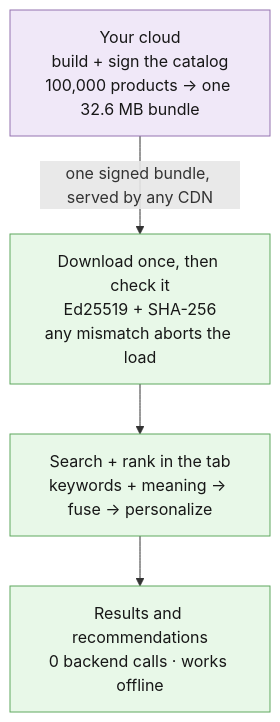
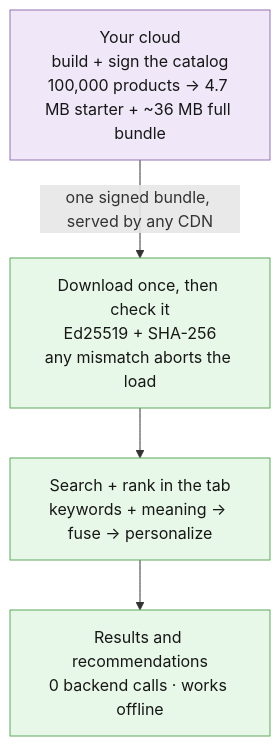
One commit to gainratio/edge-reco changed the fourth of 4 diagrams in docs/ARCHITECTURE.md. Above: the diagram before and after it, drawn with Mermaid. The commit also changed other lines of this file and 1 other file, not shown here.

Commit message:
docs: match the starter/full load sizes (#199)

````diff
--- a/docs/ARCHITECTURE.md
+++ b/docs/ARCHITECTURE.md
@@ -302,15 +302,15 @@
 ```mermaid
 flowchart TB
-  build["Your cloud<br>build + sign the catalog<br>100,000 products → one 32.6 MB bundle"]
+  build["Your cloud<br>build + sign the catalog<br>100,000 products → 4.7 MB starter + ~36 MB full bundle"]
   sync["Download once, then check it<br>Ed25519 + SHA-256<br>any mismatch aborts the load"]
   engine["Search + rank in the tab<br>keywords + meaning → fuse → personalize"]
   recs["Results and recommendations<br>0 backend calls · works offline"]
 
   build -->|"one signed bundle, served by any CDN"| sync
   sync --> engine --> recs
 
   classDef cloud fill:#f0e8f8,stroke:#9472b0,color:#171717;
   classDef device fill:#e8f8e8,stroke:#5fa85f,color:#171717;
   class build cloud;
   class sync,engine,recs device;
 ```
````
